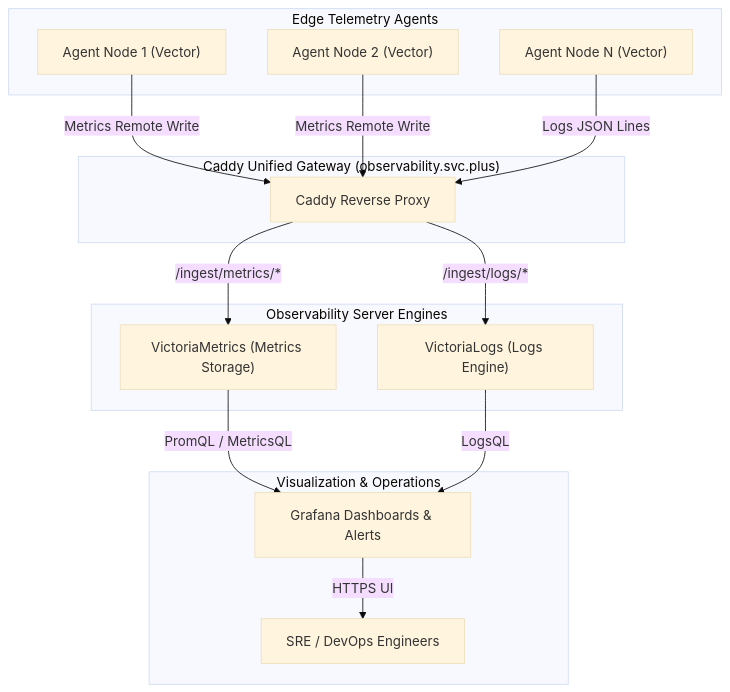
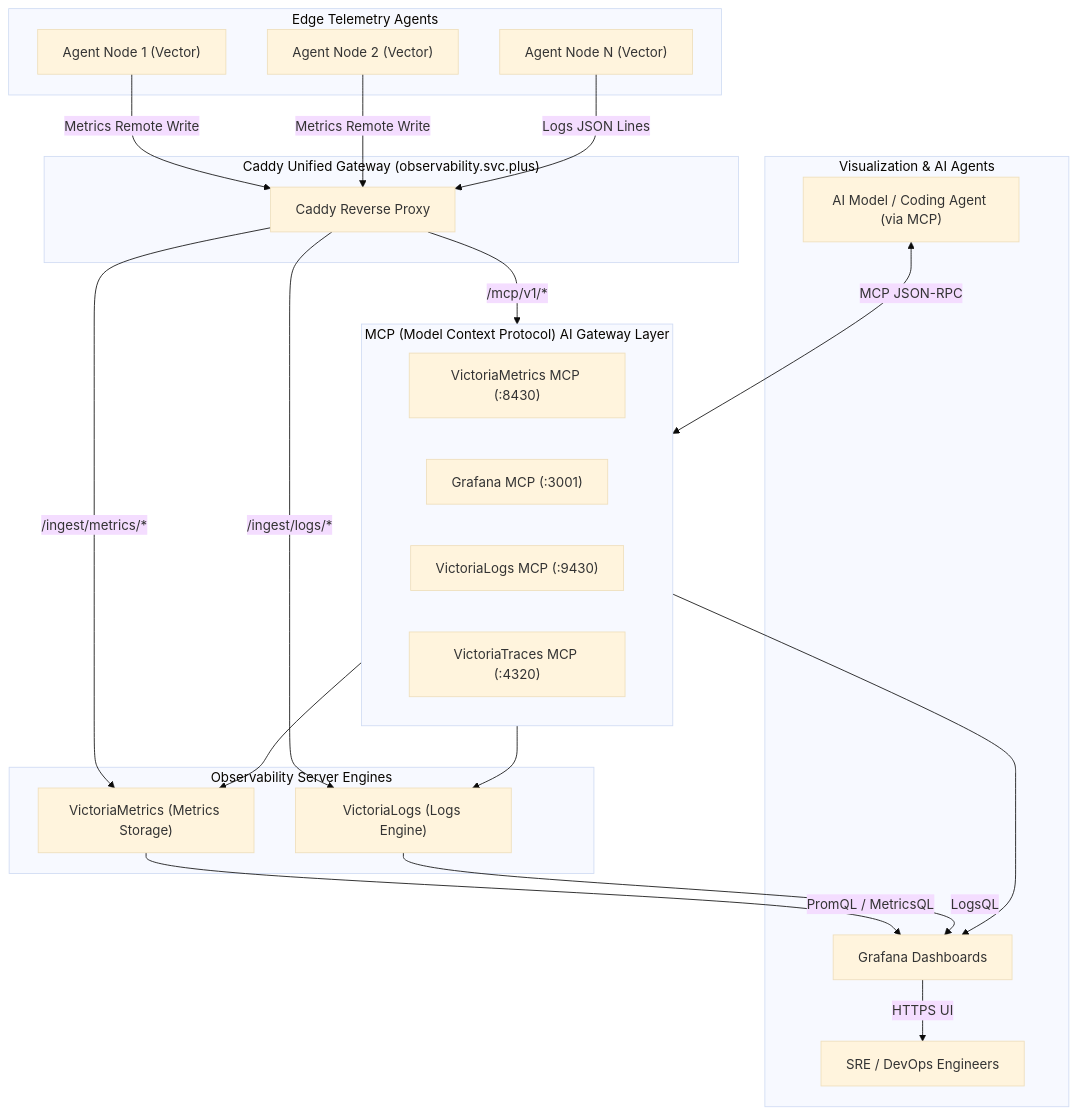
Before and after one commit to Cloud-Neutral-Workshop/knowledge: the diagram in content/03-observability/observability-server-core.en.md, drawn with Mermaid (base theme). The commit also changed other lines of this file and 1 other file, not shown here.

Commit message:
feat(observability): add MCP Server Ansible role integration details to Observability Server tech blogs

````diff
--- a/content/03-observability/observability-server-core.en.md
+++ b/content/03-observability/observability-server-core.en.md
@@ -38,33 +83,48 @@
 ```mermaid
 flowchart TD
     subgraph Agents ["Edge Telemetry Agents"]
         V1["Agent Node 1 (Vector)"]
         V2["Agent Node 2 (Vector)"]
         VN["Agent Node N (Vector)"]
     end
 
     subgraph ServerIngress ["Caddy Unified Gateway (observability.svc.plus)"]
         CADDY["Caddy Reverse Proxy"]
     end
 
     subgraph CoreEngine ["Observability Server Engines"]
         VM["VictoriaMetrics (Metrics Storage)"]
         VL["VictoriaLogs (Logs Engine)"]
     end
 
-    subgraph Visualization ["Visualization & Operations"]
-        GRAFANA["Grafana Dashboards & Alerts"]
+    subgraph MCPLayer ["MCP (Model Context Protocol) AI Gateway Layer"]
+        VM_MCP["VictoriaMetrics MCP (:8430)"]
+        GRAFANA_MCP["Grafana MCP (:3001)"]
+        VL_MCP["VictoriaLogs MCP (:9430)"]
+        VT_MCP["VictoriaTraces MCP (:4320)"]
+    end
+
+    subgraph Visualization ["Visualization & AI Agents"]
+        GRAFANA["Grafana Dashboards"]
+        AI_AGENT["AI Model / Coding Agent (via MCP)"]
         USERS["SRE / DevOps Engineers"]
     end
 
     V1 -->|Metrics Remote Write| CADDY
     V2 -->|Metrics Remote Write| CADDY
     VN -->|Logs JSON Lines| CADDY
 
     CADDY -->|/ingest/metrics/*| VM
     CADDY -->|/ingest/logs/*| VL
+    CADDY -->|/mcp/v1/*| MCPLayer
+
+    MCPLayer --> VM
+    MCPLayer --> VL
+    MCPLayer --> GRAFANA
 
     VM -->|PromQL / MetricsQL| GRAFANA
     VL -->|LogsQL| GRAFANA
+
     GRAFANA -->|HTTPS UI| USERS
+    AI_AGENT <-->|MCP JSON-RPC| MCPLayer
 ```
````
